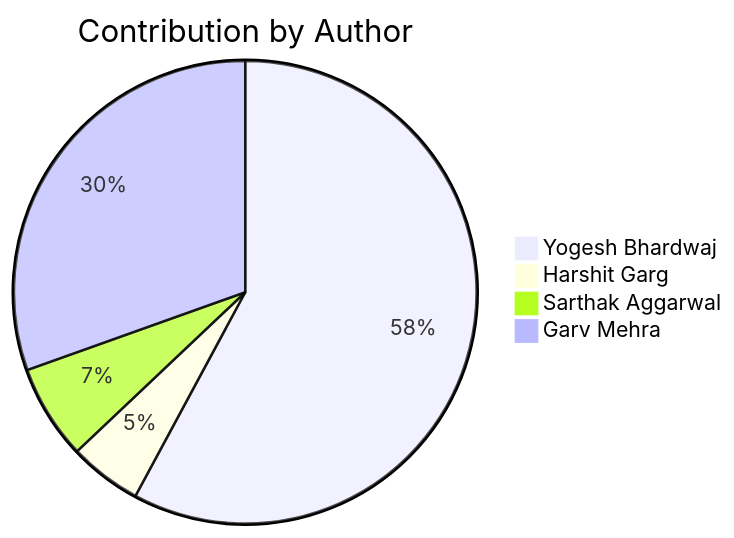
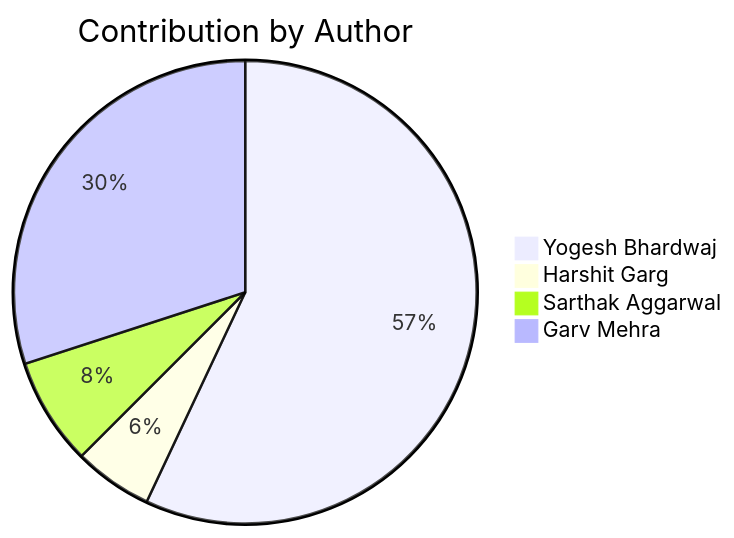
The second of 2 diagrams in README.md (Yogesh-Bhardwaj-hue/Scm-Final_2.0), drawn with Mermaid before and after one commit. The commit also changed other lines of this file, not shown here.

Commit message:
Update contribution charts

````diff
--- a/README.md
+++ b/README.md
@@ -192,7 +192,7 @@
 ```mermaid
 pie title Contribution by Author
     "Yogesh Bhardwaj": 114
-    "Harshit Garg": 10
-    "Sarthak Aggarwal": 13
+    "Harshit Garg": 11
+    "Sarthak Aggarwal": 15
     "Garv Mehra": 60
 ```
````
